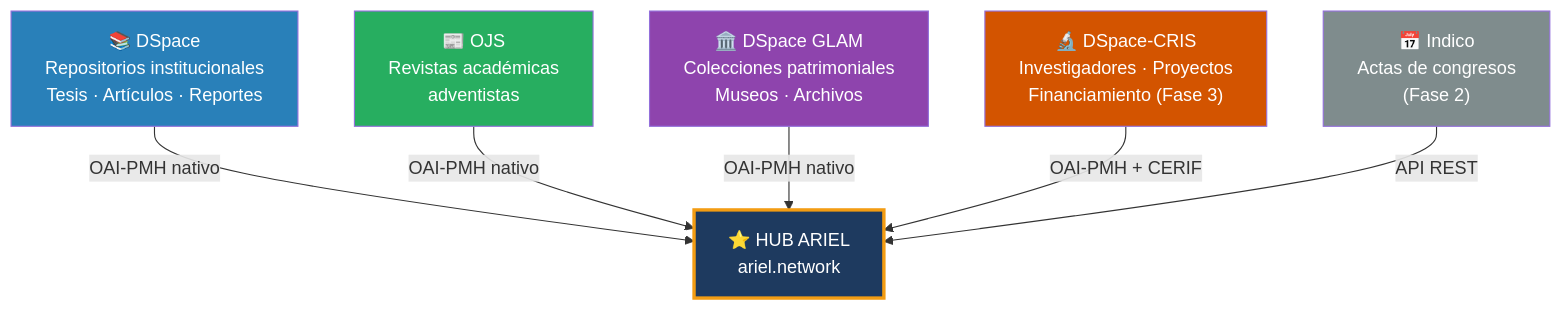
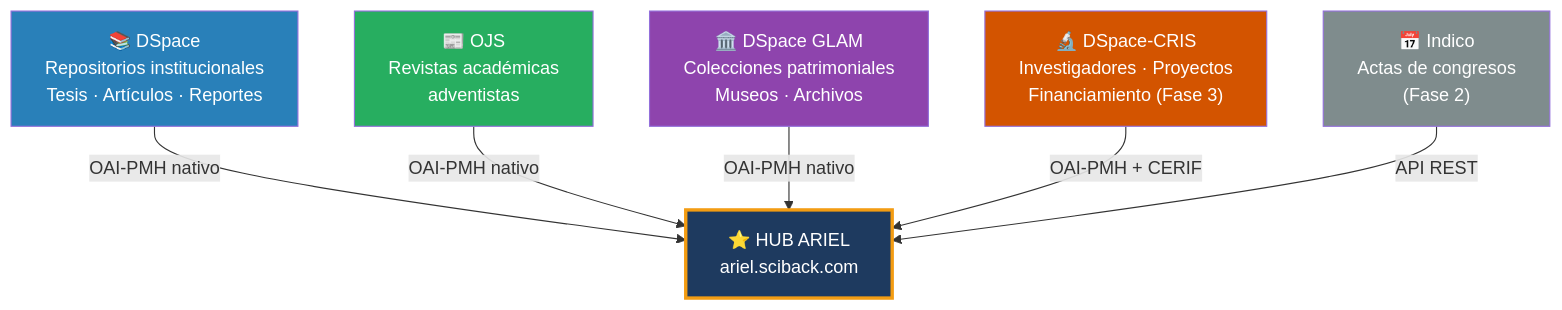
Before and after one commit to UPeU-Infra/guia: the third of 5 diagrams in docs/propuesta-ejecutiva.md, drawn with Mermaid. The commit also changed other lines of this file and 8 other files, not shown here.

Commit message:
fix: dominio cambiado a ariel.sciback.com en toda la documentación

````diff
--- a/docs/propuesta-ejecutiva.md
+++ b/docs/propuesta-ejecutiva.md
@@ -81,23 +81,23 @@
 ```mermaid
 graph TD
-    HUB["⭐ HUB ARIEL\nariel.network"]
+    HUB["⭐ HUB ARIEL\nariel.sciback.com"]
 
     DSpace["📚 DSpace\nRepositorios institucionales\nTesis · Artículos · Reportes"]
     OJS["📰 OJS\nRevistas académicas\nadventistas"]
     GLAM["🏛️ DSpace GLAM\nColecciones patrimoniales\nMuseos · Archivos"]
     CRIS["🔬 DSpace-CRIS\nInvestigadores · Proyectos\nFinanciamiento (Fase 3)"]
     Indico["📅 Indico\nActas de congresos\n(Fase 2)"]
 
     DSpace -->|OAI-PMH nativo| HUB
     OJS -->|OAI-PMH nativo| HUB
     GLAM -->|OAI-PMH nativo| HUB
     CRIS -->|OAI-PMH + CERIF| HUB
     Indico -->|API REST| HUB
 
     style HUB fill:#1e3a5f,color:#fff,stroke:#f39c12,stroke-width:3px
     style DSpace fill:#2980b9,color:#fff
     style OJS fill:#27ae60,color:#fff
     style GLAM fill:#8e44ad,color:#fff
     style CRIS fill:#d35400,color:#fff
     style Indico fill:#7f8c8d,color:#fff
 ```
````
